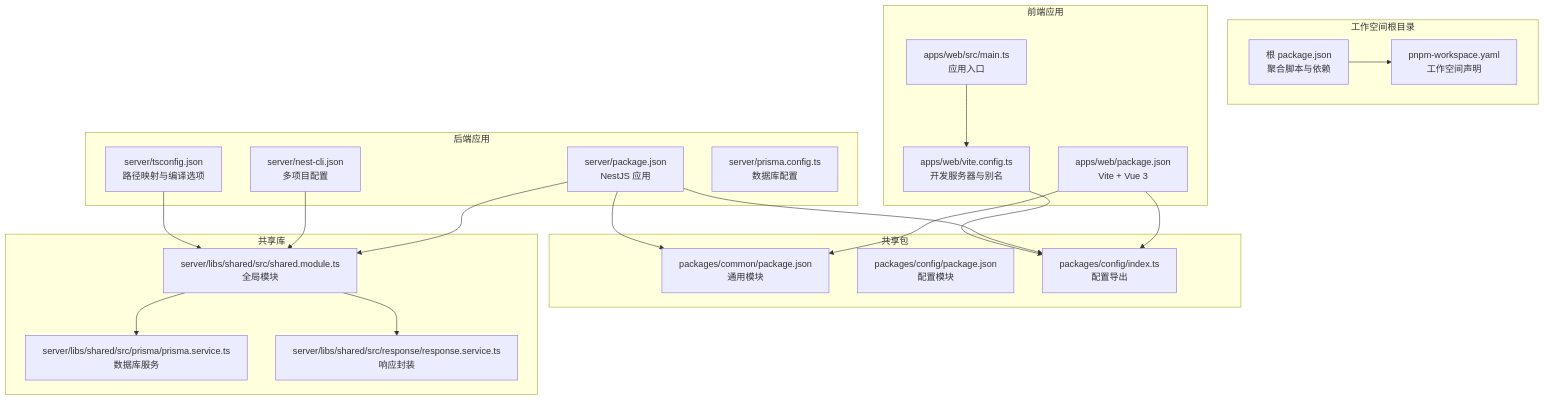
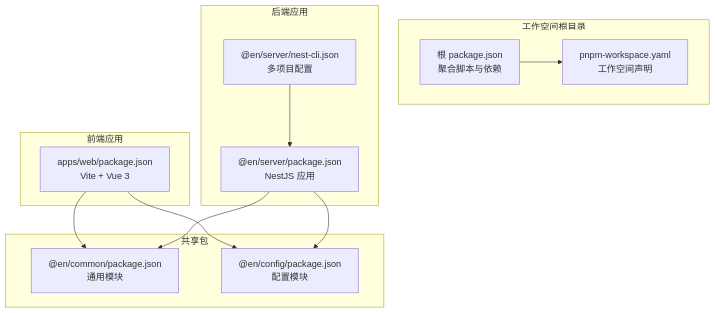
The first of 6 diagrams in .qoder/repowiki/zh/content/架构设计/Monorepo架构设计.md (LihaoZDB/English-Study), drawn with Mermaid before and after one commit. The commit also changed other lines of this file and 6 other files, not shown here.

````diff
--- a/.qoder/repowiki/zh/content/架构设计/Monorepo架构设计.md
+++ b/.qoder/repowiki/zh/content/架构设计/Monorepo架构设计.md
@@ -46,40 +36,24 @@
 ```mermaid
 graph TB
 subgraph "工作空间根目录"
 RootPkg["根 package.json<br/>聚合脚本与依赖"]
 WS["pnpm-workspace.yaml<br/>工作空间声明"]
 end
 subgraph "前端应用"
 WebPkg["apps/web/package.json<br/>Vite + Vue 3"]
-WebCfg["apps/web/vite.config.ts<br/>开发服务器与别名"]
-WebMain["apps/web/src/main.ts<br/>应用入口"]
 end
 subgraph "后端应用"
-ServerPkg["server/package.json<br/>NestJS 应用"]
-NestCli["server/nest-cli.json<br/>多项目配置"]
-TsCfg["server/tsconfig.json<br/>路径映射与编译选项"]
-PrismaCfg["server/prisma.config.ts<br/>数据库配置"]
+ServerPkg["@en/server/package.json<br/>NestJS 应用"]
+NestCli["@en/server/nest-cli.json<br/>多项目配置"]
 end
 subgraph "共享包"
-CommonPkg["packages/common/package.json<br/>通用模块"]
-ConfigPkg["packages/config/package.json<br/>配置模块"]
-ConfigIdx["packages/config/index.ts<br/>配置导出"]
-end
-subgraph "共享库"
-SharedMod["server/libs/shared/src/shared.module.ts<br/>全局模块"]
-PrismaSvc["server/libs/shared/src/prisma/prisma.service.ts<br/>数据库服务"]
-RespSvc["server/libs/shared/src/response/response.service.ts<br/>响应封装"]
+CommonPkg["@en/common/package.json<br/>通用模块"]
+ConfigPkg["@en/config/package.json<br/>配置模块"]
 end
 RootPkg --> WS
-WebPkg --> ConfigIdx
 WebPkg --> CommonPkg
+WebPkg --> ConfigPkg
 ServerPkg --> CommonPkg
-ServerPkg --> ConfigIdx
-ServerPkg --> SharedMod
-SharedMod --> PrismaSvc
-SharedMod --> RespSvc
-WebCfg --> ConfigIdx
-WebMain --> WebCfg
-NestCli --> SharedMod
-TsCfg --> SharedMod
+ServerPkg --> ConfigPkg
+NestCli --> ServerPkg
 ```
````
